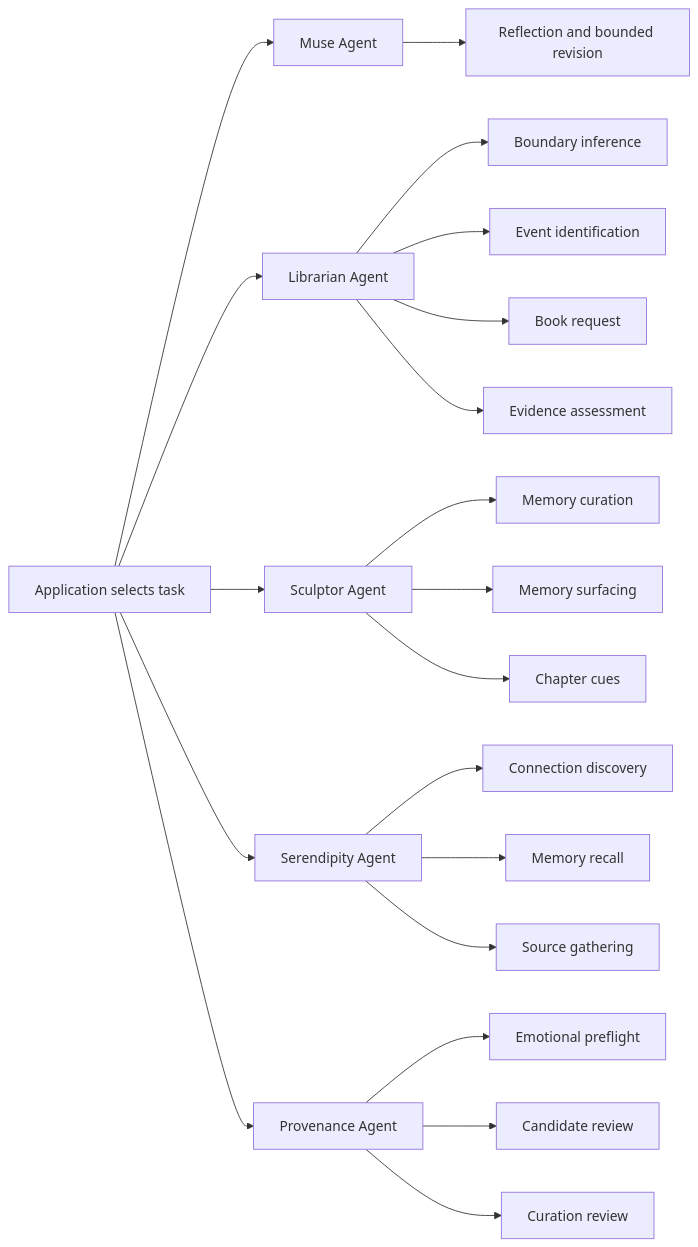
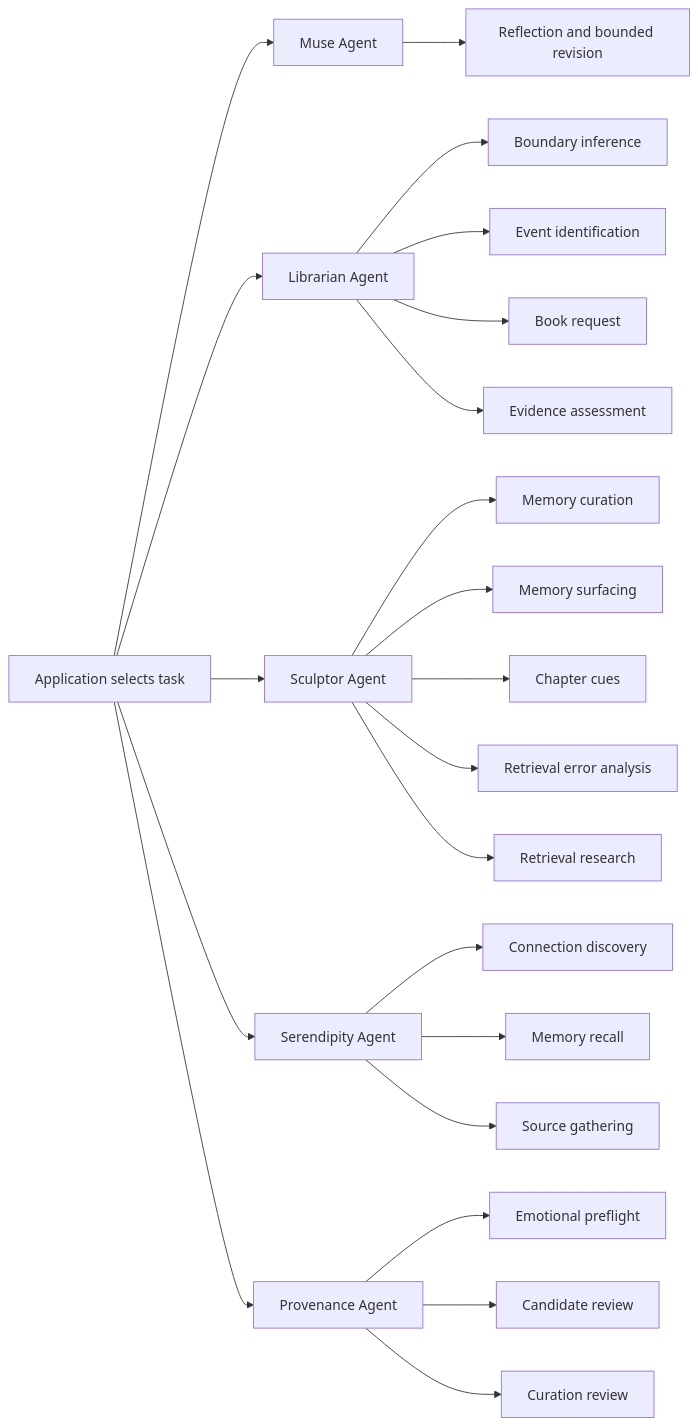
Before and after one commit to DesmondChoy/linger: the first of 2 diagrams in docs/agent-skills.md, drawn with Mermaid. The commit also changed other lines of this file and 13 other files, not shown here.

First line of the commit message:
feat(sculptor): add retrieval error analysis and web research for Experiment 4

````diff
--- a/docs/agent-skills.md
+++ b/docs/agent-skills.md
@@ -36,22 +38,24 @@
 ```mermaid
 flowchart LR
     App[Application selects task] --> Muse[Muse Agent]
     App --> Librarian[Librarian Agent]
     App --> Sculptor[Sculptor Agent]
     App --> Serendipity[Serendipity Agent]
     App --> Provenance[Provenance Agent]
     Muse --> Reflection[Reflection and bounded revision]
     Librarian --> Boundary[Boundary inference]
     Librarian --> Identify[Event identification]
     Librarian --> Request[Book request]
     Librarian --> Strength[Evidence assessment]
     Sculptor --> Curation[Memory curation]
     Sculptor --> Surfacing[Memory surfacing]
     Sculptor --> Cues[Chapter cues]
+    Sculptor --> ErrorAnalysis[Retrieval error analysis]
+    Sculptor --> Research[Retrieval research]
     Serendipity --> Connection[Connection discovery]
     Serendipity --> Recall[Memory recall]
     Serendipity --> Gathering[Source gathering]
     Provenance --> Preflight[Emotional preflight]
     Provenance --> Candidate[Candidate review]
     Provenance --> CurationReview[Curation review]
 ```
````
